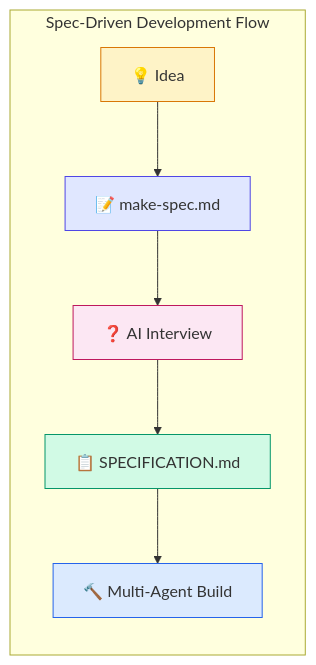
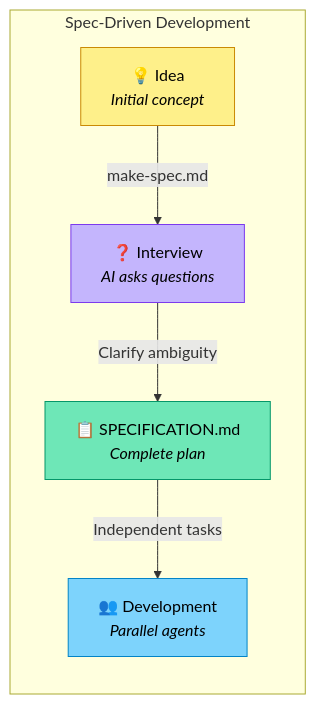
One commit to visionik/deft changed the fourth of 8 diagrams in README.md. Above: the diagram before and after it, drawn with Mermaid. The commit also changed other lines of this file, not shown here.

First line of the commit message:
docs: add Mermaid diagrams to README for visual explanations

````diff
--- a/README.md
+++ b/README.md
@@ -349,16 +359,18 @@
 ```mermaid
-flowchart TB
-    subgraph SDD ["Spec-Driven Development Flow"]
-        direction TB
-        IDEA["💡 Idea"] --> SPEC["📝 make-spec.md"]
-        SPEC --> QA["❓ AI Interview"]
-        QA --> DOC["📋 SPECIFICATION.md"]
-        DOC --> BUILD["🔨 Multi-Agent Build"]
+flowchart LR
+    subgraph sdd ["Spec-Driven Development"]
+        I["💡 Idea<br/><i>Initial concept</i>"]
+        Q["❓ Interview<br/><i>AI asks questions</i>"]
+        S["📋 SPECIFICATION.md<br/><i>Complete plan</i>"]
+        D["👥 Development<br/><i>Parallel agents</i>"]
     end
-    
-    style IDEA fill:#fef3c7,stroke:#d97706
-    style SPEC fill:#e0e7ff,stroke:#4f46e5
-    style QA fill:#fce7f3,stroke:#be185d
-    style DOC fill:#d1fae5,stroke:#059669
-    style BUILD fill:#dbeafe,stroke:#2563eb
+
+    I -->|"make-spec.md"| Q
+    Q -->|"Clarify ambiguity"| S
+    S -->|"Independent tasks"| D
+
+    style I fill:#fef08a,stroke:#ca8a04,color:#000
+    style Q fill:#c4b5fd,stroke:#7c3aed,color:#000
+    style S fill:#6ee7b7,stroke:#059669,color:#000
+    style D fill:#7dd3fc,stroke:#0284c7,color:#000
 ```
````
